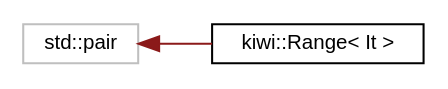
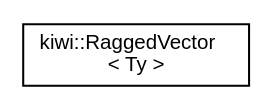
One commit to bab2min/Kiwi changed the diagram in inherit_graph_42.dot. Above: the diagram before and after it, drawn with Graphviz. The commit also changed 209 other files, not shown here.

```diff
--- a/inherit_graph_42.dot
+++ b/inherit_graph_42.dot
@@ -1,10 +1,8 @@
 digraph "Graphical Class Hierarchy"
 {
  // LATEX_PDF_SIZE
   edge [fontname="Helvetica",fontsize="10",labelfontname="Helvetica",labelfontsize="10"];
   node [fontname="Helvetica",fontsize="10",shape=record];
   rankdir="LR";
-  Node81 [label="std::pair",height=0.2,width=0.4,color="grey75", fillcolor="white", style="filled",tooltip=" "];
-  Node81 -> Node0 [dir="back",color="firebrick4",fontsize="10",style="solid",fontname="Helvetica"];
-  Node0 [label="kiwi::Range\< It \>",height=0.2,width=0.4,color="black", fillcolor="white", style="filled",URL="$classkiwi_1_1Range.html",tooltip=" "];
+  Node0 [label="kiwi::RaggedVector\l\< Ty \>",height=0.2,width=0.4,color="black", fillcolor="white", style="filled",URL="$classkiwi_1_1RaggedVector.html",tooltip=" "];
 }
```
